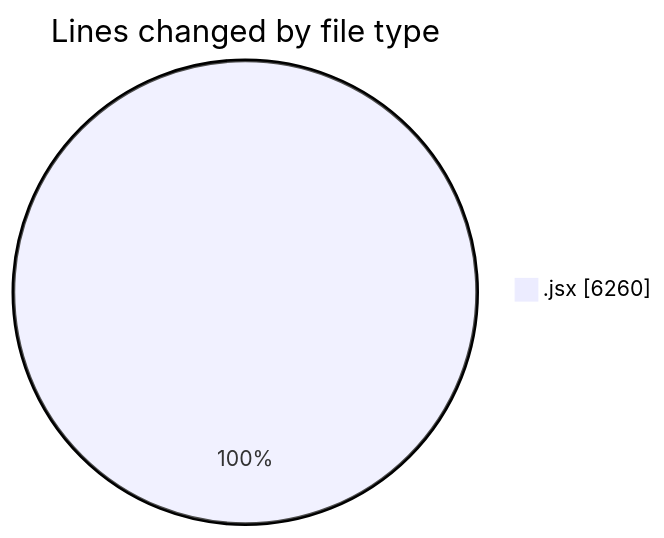
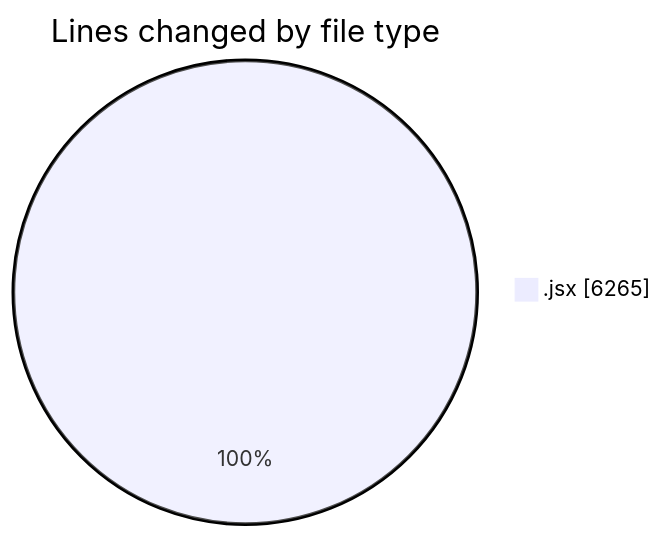
Before and after one commit to nxtqubesakshisongat/code-tracking: the first of 2 diagrams in 2025-05-14/argos-dev/README.md, drawn with Mermaid. The commit also changed other lines of this file and 1 other file, not shown here.

````diff
--- a/2025-05-14/argos-dev/README.md
+++ b/2025-05-14/argos-dev/README.md
@@ -27,5 +27,5 @@
 ```mermaid
 pie showData
 title Lines changed by file type
-".jsx" : 6260
+".jsx" : 6265
 ```
````
